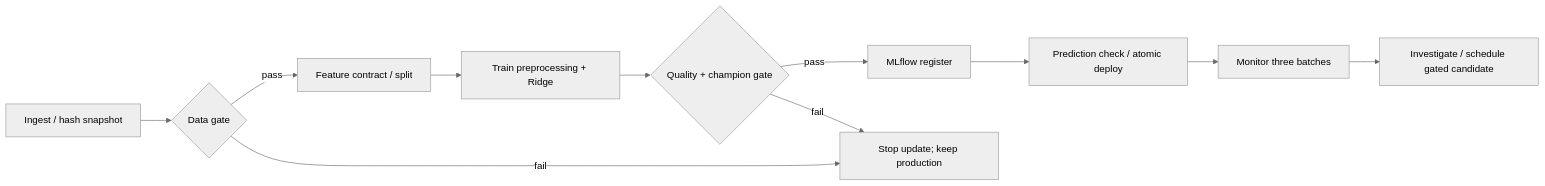
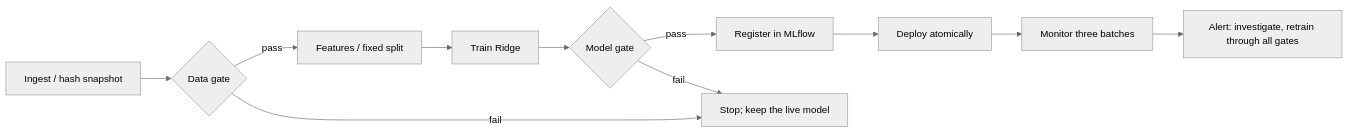
The diagram in README.md (Swagata-Bhowmik/group4-mlflow-capstone), drawn with Mermaid (neutral theme) before and after one commit. The commit also changed other lines of this file and 17 other files, not shown here.

````diff
--- a/README.md
+++ b/README.md
@@ -70,13 +51,13 @@
 ```mermaid
 flowchart LR
     A[Ingest / hash snapshot] --> B{Data gate}
-    B -->|pass| C[Feature contract / split]
-    C --> D[Train preprocessing + Ridge]
-    D --> E{Quality + champion gate}
-    E -->|pass| F[MLflow register]
-    F --> G[Prediction check / atomic deploy]
+    B -->|pass| C[Features / fixed split]
+    C --> D[Train Ridge]
+    D --> E{Model gate}
+    E -->|pass| F[Register in MLflow]
+    F --> G[Deploy atomically]
     G --> H[Monitor three batches]
-    B -->|fail| X[Stop update; keep production]
+    B -->|fail| X[Stop; keep the live model]
     E -->|fail| X
-    H --> I[Investigate / schedule gated candidate]
+    H --> I[Alert: investigate, retrain through all gates]
 ```
````
